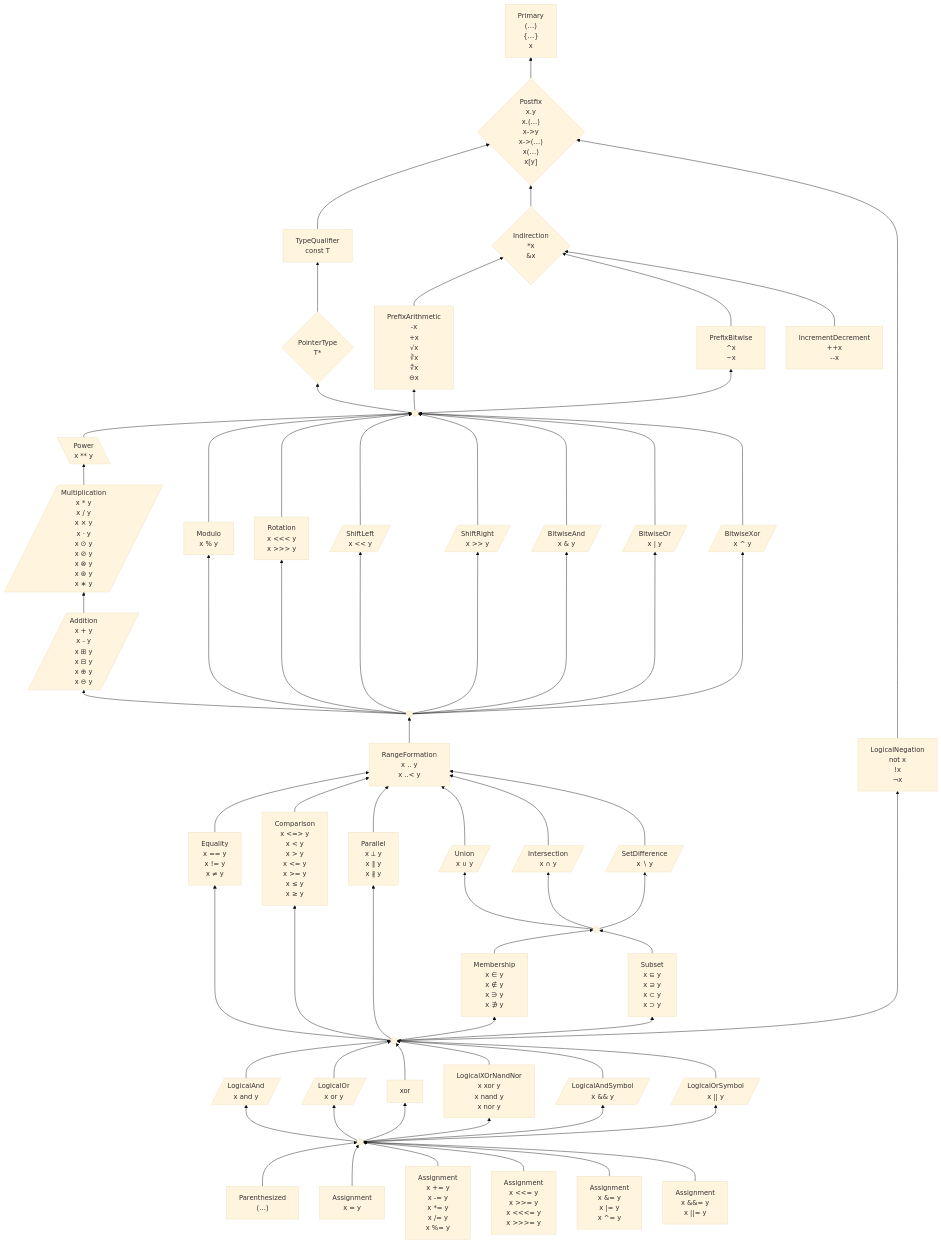
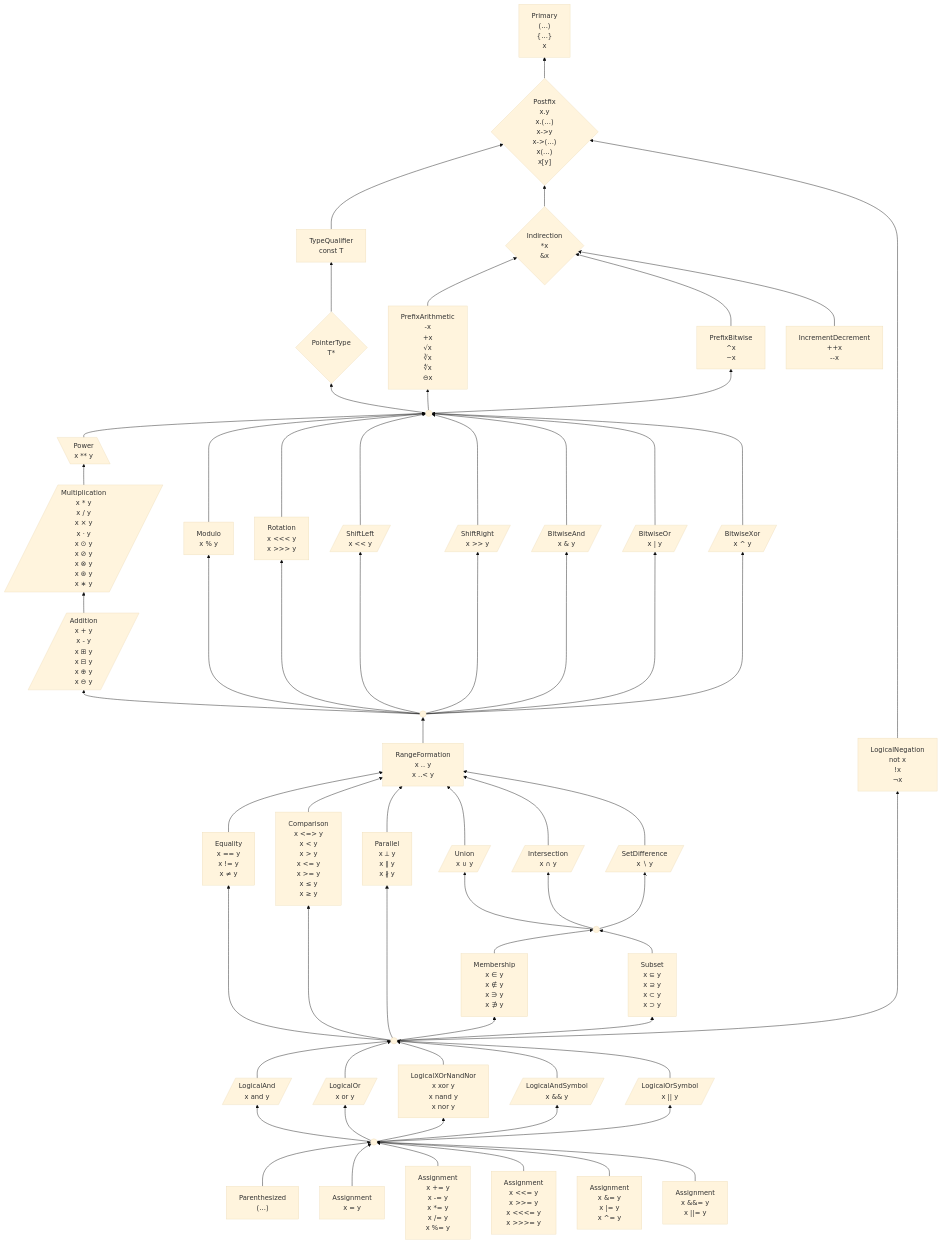
The first of 2 diagrams in 6 .../2 Unfinished Ideas.md (laro/Cilia), drawn with Mermaid (base theme) before and after one commit.

Commit message:
Update 2 Unfinished Ideas.md

```diff
--- a/6 .../2 Unfinished Ideas.md
+++ b/6 .../2 Unfinished Ideas.md
@@ -346,12 +346,12 @@
     %% as["Cast
 %%x as T"]
 
-    and & or & xor & nandNor & andSymbol & orSymbol --> logicalOperand
+    and & or & xorNandNor & andSymbol & orSymbol --> logicalOperand
     and[/"LogicalAnd
 x and y"/]
     or[/"LogicalOr
 x or y"/]
-    nandNor["LogicalXOrNandNor
+    xorNandNor["LogicalXOrNandNor
 x xor y
 x nand y
 x nor y"]
@@ -362,7 +362,7 @@
 
 
     %% logicalExpression ---> as
-    logicalExpression --> and & or & xor & nandNor & andSymbol & orSymbol
+    logicalExpression --> and & or & xorNandNor & andSymbol & orSymbol
     logicalExpression((" "))
 
 
```
